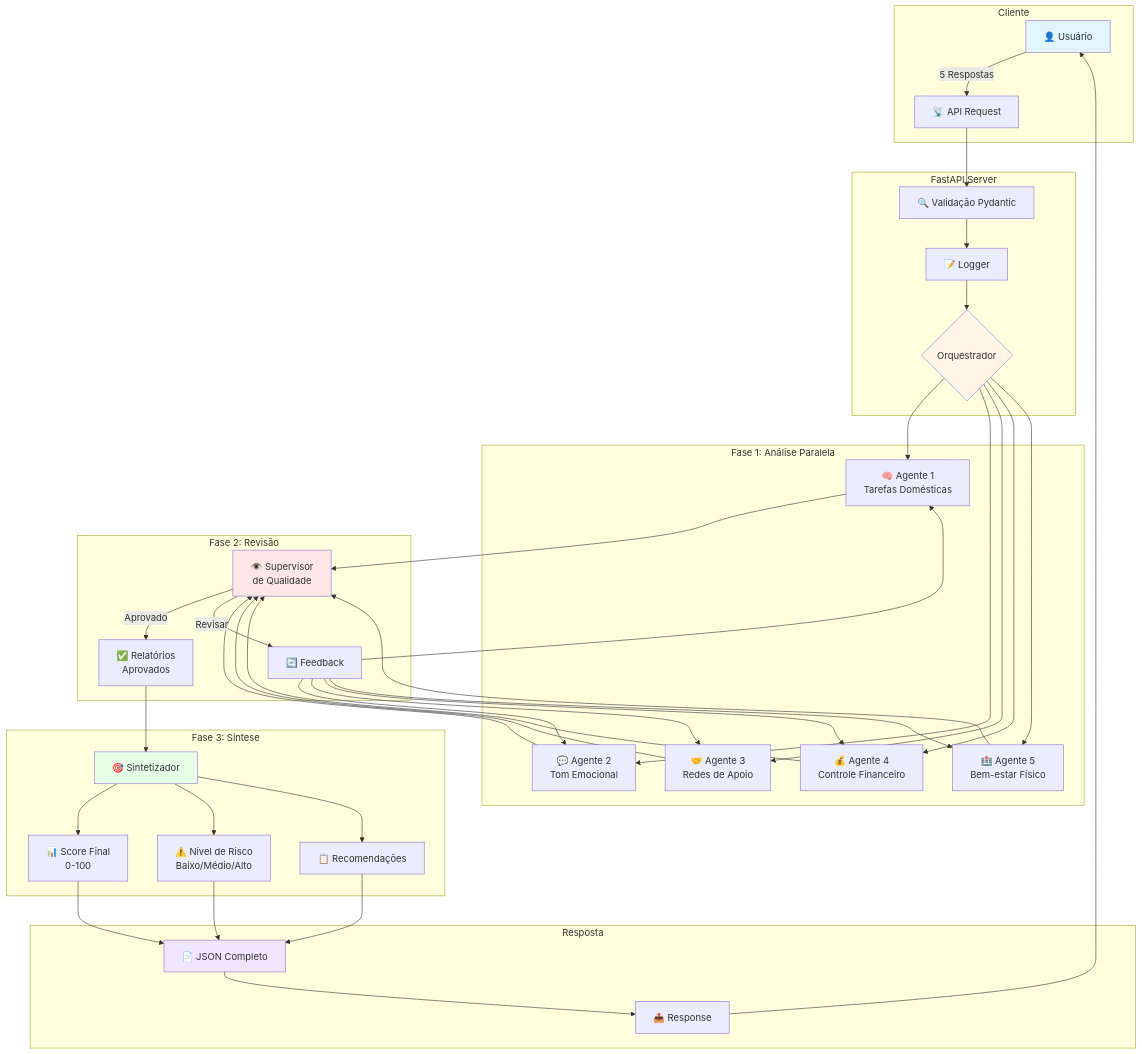
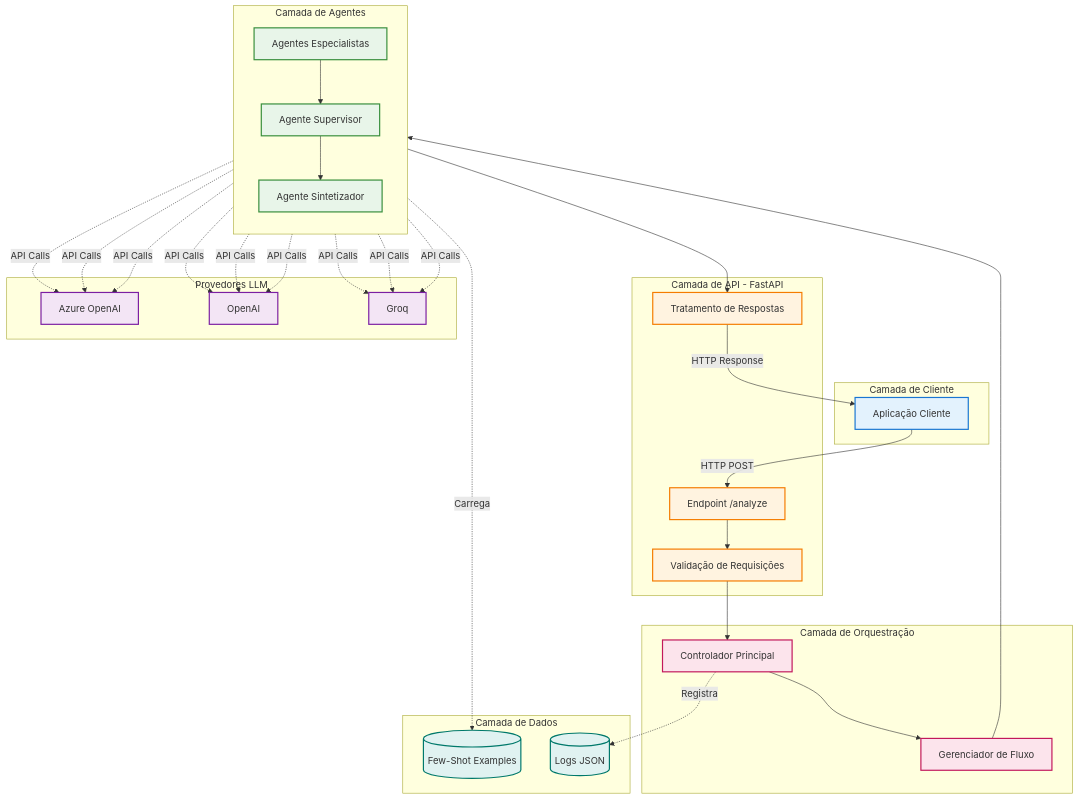
One commit to cairocruz/hubAgentsV2 changed the first of 8 diagrams in README.md. Above: the diagram before and after it, drawn with Mermaid. The commit also changed other lines of this file, not shown here.

````diff
--- a/README.md
+++ b/README.md
@@ -57,47 +81,66 @@
 ```mermaid
-graph TB
-    subgraph "Cliente"
-        A[👤 Usuário] -->|5 Respostas| B[📡 API Request]
+flowchart TB
+    subgraph CLIENT["Camada de Cliente"]
+        A[Aplicação Cliente]
     end
     
-    subgraph "FastAPI Server"
-        B --> C[🔍 Validação Pydantic]
-        C --> D[📝 Logger]
-        D --> E{Orquestrador}
+    subgraph API["Camada de API - FastAPI"]
+        B[Endpoint /analyze]
+        C[Validação de Requisições]
+        D[Tratamento de Respostas]
     end
     
-    subgraph "Fase 1: Análise Paralela"
-        E --> F1[🧠 Agente 1<br/>Tarefas Domésticas]
-        E --> F2[💬 Agente 2<br/>Tom Emocional]
-        E --> F3[🤝 Agente 3<br/>Redes de Apoio]
-        E --> F4[💰 Agente 4<br/>Controle Financeiro]
-        E --> F5[🏥 Agente 5<br/>Bem-estar Físico]
+    subgraph ORCHESTRATION["Camada de Orquestração"]
+        E[Controlador Principal]
+        F[Gerenciador de Fluxo]
     end
     
-    subgraph "Fase 2: Revisão"
-        F1 & F2 & F3 & F4 & F5 --> G[👁️ Supervisor<br/>de Qualidade]
-        G -->|Aprovado| H[✅ Relatórios<br/>Aprovados]
-        G -->|Revisar| I[🔄 Feedback]
-        I --> F1 & F2 & F3 & F4 & F5
+    subgraph AGENTS["Camada de Agentes"]
+        direction TB
+        G[Agentes Especialistas]
+        H[Agente Supervisor]
+        I[Agente Sintetizador]
     end
     
-    subgraph "Fase 3: Síntese"
-        H --> J[🎯 Sintetizador]
-        J --> K[📊 Score Final<br/>0-100]
-        J --> L[⚠️ Nível de Risco<br/>Baixo/Médio/Alto]
-        J --> M[📋 Recomendações]
+    subgraph LLM["Provedores LLM"]
+        J[Azure OpenAI]
+        K[OpenAI]
+        L[Groq]
     end
     
-    subgraph "Resposta"
-        K & L & M --> N[📄 JSON Completo]
-        N --> O[📤 Response]
+    subgraph STORAGE["Camada de Dados"]
+        M[(Few-Shot Examples)]
+        N[(Logs JSON)]
     end
     
-    O --> A
+    A -->|HTTP POST| B
+    B --> C
+    C --> E
+    E --> F
+    F --> G
+    G --> H
+    H --> I
+    I --> D
+    D -->|HTTP Response| A
     
-    style A fill:#e1f5ff
-    style E fill:#fff4e6
-    style G fill:#ffe6e6
-    style J fill:#e6ffe6
-    style N fill:#f0e6ff
+    G -.->|API Calls| J & K & L
+    H -.->|API Calls| J & K & L
+    I -.->|API Calls| J & K & L
+    
+    G -.->|Carrega| M
+    E -.->|Registra| N
+    
+    classDef clientStyle fill:#e3f2fd,stroke:#1976d2,stroke-width:2px
+    classDef apiStyle fill:#fff3e0,stroke:#f57c00,stroke-width:2px
+    classDef orchestrationStyle fill:#fce4ec,stroke:#c2185b,stroke-width:2px
+    classDef agentStyle fill:#e8f5e9,stroke:#388e3c,stroke-width:2px
+    classDef llmStyle fill:#f3e5f5,stroke:#7b1fa2,stroke-width:2px
+    classDef storageStyle fill:#e0f2f1,stroke:#00796b,stroke-width:2px
+    
+    class A clientStyle
+    class B,C,D apiStyle
+    class E,F orchestrationStyle
+    class G,H,I agentStyle
+    class J,K,L llmStyle
+    class M,N storageStyle
 ```
````
